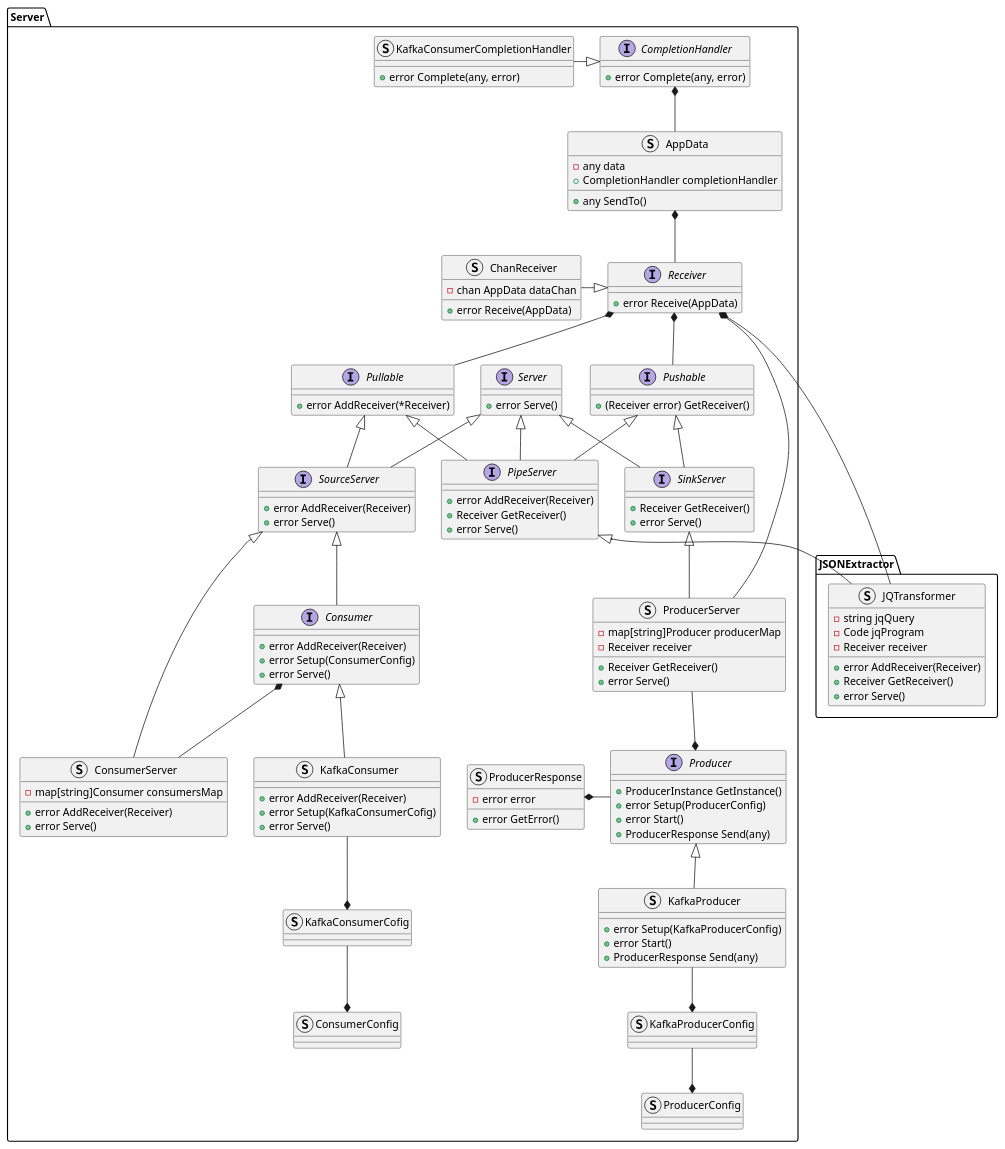
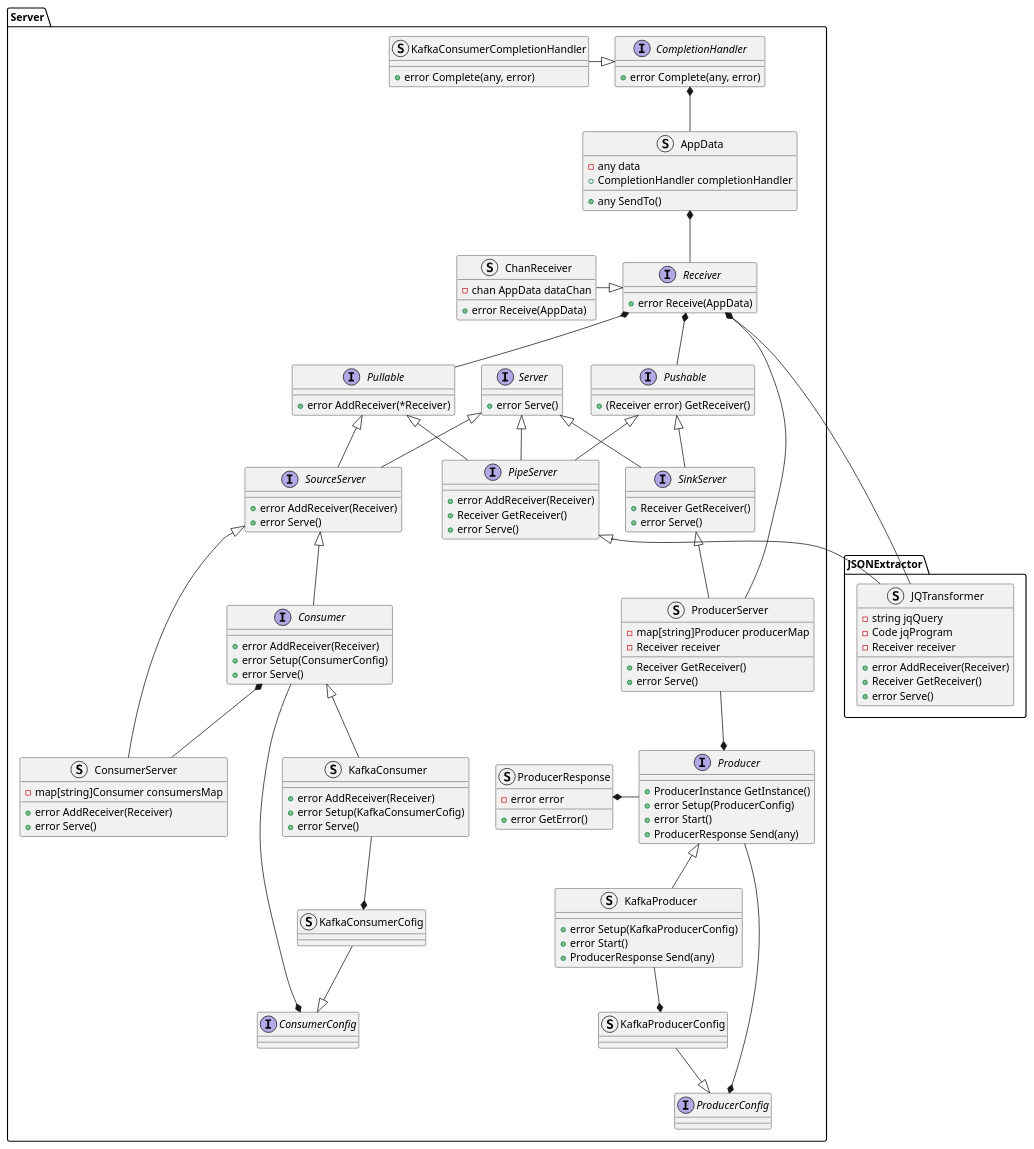
One commit to xtuml/otel2pv changed the diagram in docs/design_notes/DN1_JSON_Extractor/class_diagram.puml. Above: the diagram before and after it, drawn with PlantUML. The commit also changed 1 other file, not shown here.

Commit message:
CDSOPV-44 updated class diagram to use empty type for config for Consumer and Producer (#11)

```diff
--- a/docs/design_notes/DN1_JSON_Extractor/class_diagram.puml
+++ b/docs/design_notes/DN1_JSON_Extractor/class_diagram.puml
@@ -1,126 +1,129 @@
 @startuml
 namespace JSONExtractor {
     struct JQTransformer {
         -string jqQuery
         -Code jqProgram
         -Receiver receiver
         +error AddReceiver(Receiver)
         +Receiver GetReceiver()
         +error Serve()
     }
 }
 namespace Server {
     interface CompletionHandler {
         +error Complete(any, error)
     }
     struct KafkaConsumerCompletionHandler {
         +error Complete(any, error)
     }
     struct AppData {
         -any data
         +CompletionHandler completionHandler
         +any SendTo()
     }
     interface Receiver {
         +error Receive(AppData)
     }
     struct ChanReceiver {
         -chan AppData dataChan
         +error Receive(AppData)
     }
     interface Server {
         +error Serve()
     }
     interface Pullable {
         +error AddReceiver(*Receiver)
     }
     interface Pushable {
         +(Receiver error) GetReceiver()
     }
     interface SourceServer {
         +error AddReceiver(Receiver)
         +error Serve()
     }
     interface SinkServer {
         +Receiver GetReceiver()
         +error Serve()
     }
     interface PipeServer {
         +error AddReceiver(Receiver)
         +Receiver GetReceiver()
         +error Serve()
     }
     struct ProducerResponse {
         -error error
         +error GetError()
     }
     interface Producer {
         +ProducerInstance GetInstance()
         +error Setup(ProducerConfig)
         +error Start()
         +ProducerResponse Send(any)
     }
     interface Consumer {
         +error AddReceiver(Receiver)
         +error Setup(ConsumerConfig)
         +error Serve()
     }
     struct KafkaConsumer {
         +error AddReceiver(Receiver)
         +error Setup(KafkaConsumerCofig)
         +error Serve()
     }
     struct KafkaProducer {
         +error Setup(KafkaProducerConfig)
         +error Start()
         +ProducerResponse Send(any)
     }
     struct ProducerServer {
         -map[string]Producer producerMap
         -Receiver receiver
         +Receiver GetReceiver()
         +error Serve()
     }
     struct ConsumerServer {
         -map[string]Consumer consumersMap
         +error AddReceiver(Receiver)
         +error Serve()
     }
     struct KafkaConsumerCofig
     struct KafkaProducerConfig
-    struct ProducerConfig
-    struct ConsumerConfig
+    interface ProducerConfig
+    interface ConsumerConfig
 }
 Server.CompletionHandler *-- Server.AppData
 Server.CompletionHandler <|-left- Server.KafkaConsumerCompletionHandler
 Server.AppData *-- Server.Receiver
 Server.Receiver *-- Server.Pullable
 Server.Receiver *-- Server.Pushable
 Server.Receiver <|-left- Server.ChanReceiver
 Server.Server <|-- Server.SourceServer
 Server.Pullable <|-- Server.SourceServer
 Server.Server <|-- Server.SinkServer
 Server.Pushable <|-- Server.SinkServer
 Server.Pushable <|-- Server.PipeServer
 Server.Pullable <|-- Server.PipeServer
 Server.Server <|-- Server.PipeServer
 
 Server.ProducerResponse *-right- Server.Producer
 Server.Producer <|-- Server.KafkaProducer
 Server.Consumer <|-- Server.KafkaConsumer
 Server.Producer *-up- Server.ProducerServer
 Server.SinkServer <|-- Server.ProducerServer
 Server.Receiver *-- Server.ProducerServer
 Server.SourceServer <|-left- Server.ConsumerServer
 Server.Consumer *-- Server.ConsumerServer
 Server.SourceServer <|-down- Server.Consumer
 
 Server.KafkaConsumerCofig *-up- Server.KafkaConsumer
 Server.KafkaProducerConfig *-up- Server.KafkaProducer
 
 Server.PipeServer <|-- JSONExtractor.JQTransformer
 Server.Receiver *-- JSONExtractor.JQTransformer
 
-Server.ProducerConfig *-up- Server.KafkaProducerConfig
-Server.ConsumerConfig *-up- Server.KafkaConsumerCofig
+Server.ProducerConfig <|-up- Server.KafkaProducerConfig
+Server.ConsumerConfig <|-up- Server.KafkaConsumerCofig
+
+Server.ConsumerConfig *-- Server.Consumer
+Server.ProducerConfig *-- Server.Producer
 @enduml
```
